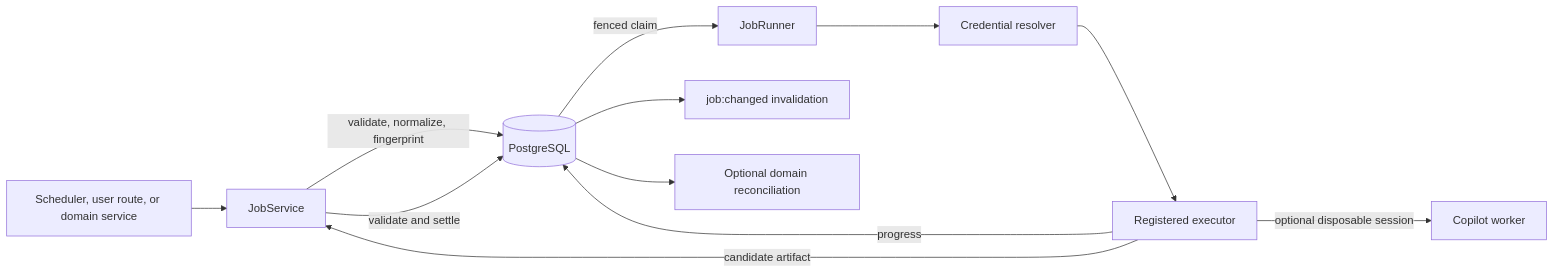
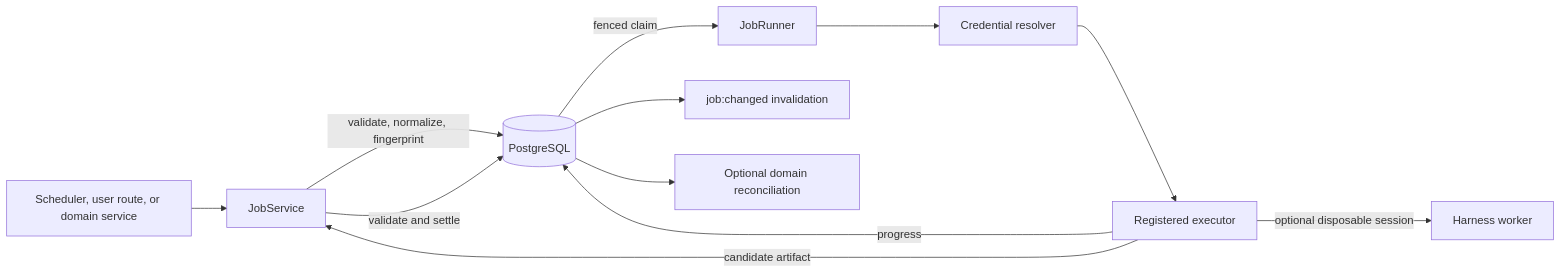
One commit to githubnext/chopin changed the diagram in docs/background-jobs.md. Above: the diagram before and after it, drawn with Mermaid. The commit also changed other lines of this file and 21 other files, not shown here.

````diff
--- a/docs/background-jobs.md
+++ b/docs/background-jobs.md
@@ -40,14 +40,14 @@
 ```mermaid
 flowchart LR
 	E[Scheduler, user route, or domain service] --> S[JobService]
 	S -->|validate, normalize, fingerprint| P[(PostgreSQL)]
 	P -->|fenced claim| R[JobRunner]
 	R --> C[Credential resolver]
 	C --> X[Registered executor]
-	X -->|optional disposable session| A[Copilot worker]
+	X -->|optional disposable session| A[Harness worker]
 	X -->|progress| P
 	X -->|candidate artifact| S
 	S -->|validate and settle| P
 	P --> I[job:changed invalidation]
 	P --> D[Optional domain reconciliation]
 ```
````
